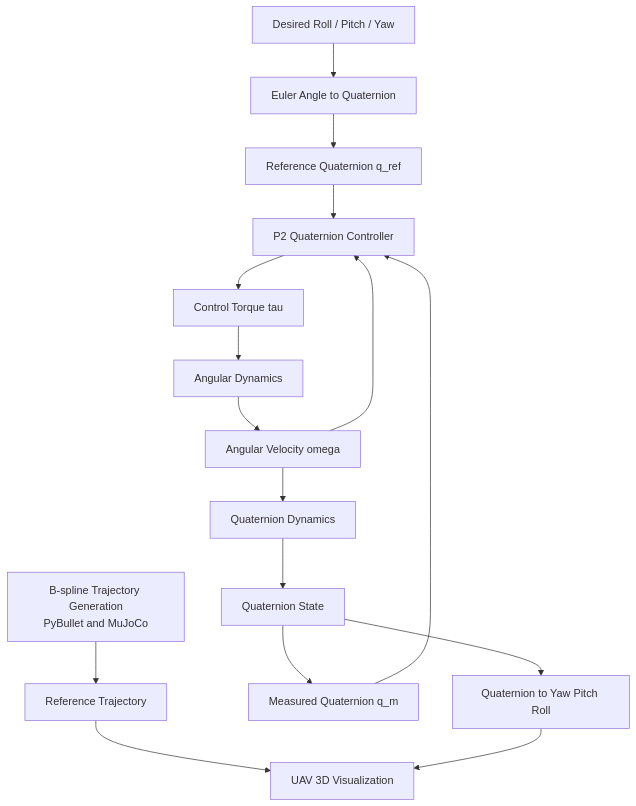
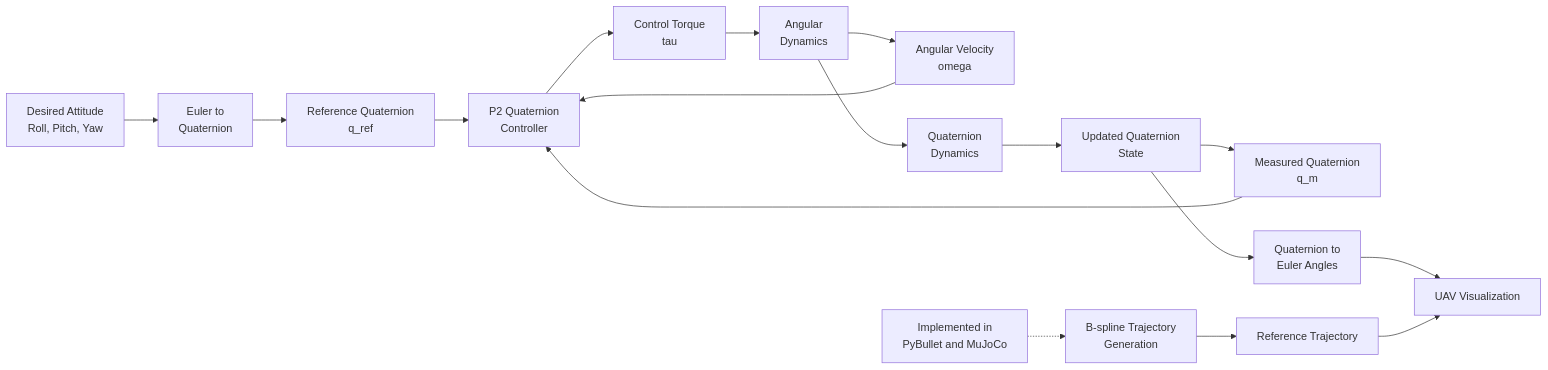
One commit to NamburiRupesh/Drones_S5_CD5_UAV_Attitude_Control_Quaternion changed the diagram in README.md. Above: the diagram before and after it, drawn with Mermaid.

Commit message:
Revised the Mermaid flow diagram

````diff
--- a/README.md
+++ b/README.md
@@ -353,23 +353,26 @@
 ```mermaid
 
-flowchart TD
-    A[Desired Roll / Pitch / Yaw] --> B[Euler Angle to Quaternion]
-    B --> C[Reference Quaternion q_ref]
+flowchart LR
+    A["Desired Attitude<br/>Roll, Pitch, Yaw"] --> B["Euler to<br/>Quaternion"]
+    B --> C["Reference Quaternion<br/>q_ref"]
 
-    M[B-spline Trajectory Generation<br/>PyBullet and MuJoCo] --> N[Reference Trajectory]
-    N --> L[UAV 3D Visualization]
+    C --> E["P2 Quaternion<br/>Controller"]
+    D["Measured Quaternion<br/>q_m"] --> E
+    F["Angular Velocity<br/>omega"] --> E
 
-    C --> E[P2 Quaternion Controller]
-    D[Measured Quaternion q_m] --> E
-    F[Angular Velocity omega] --> E
+    E --> G["Control Torque<br/>tau"]
+    G --> H["Angular<br/>Dynamics"]
+    H --> F
+    H --> I["Quaternion<br/>Dynamics"]
+    I --> J["Updated Quaternion<br/>State"]
+    J --> D
+    J --> K["Quaternion to<br/>Euler Angles"]
+    K --> L["UAV Visualization"]
 
-    E --> G[Control Torque tau]
-    G --> H[Angular Dynamics]
-    H --> F
-    F --> I[Quaternion Dynamics]
-    I --> J[Quaternion State]
-    J --> D
-    J --> K[Quaternion to Yaw Pitch Roll]
-    K --> L
+    M["B-spline Trajectory<br/>Generation"] --> N["Reference Trajectory"]
+    N --> L
+
+    O["Implemented in<br/>PyBullet and MuJoCo"] -.-> M
+
 
 ```
````
